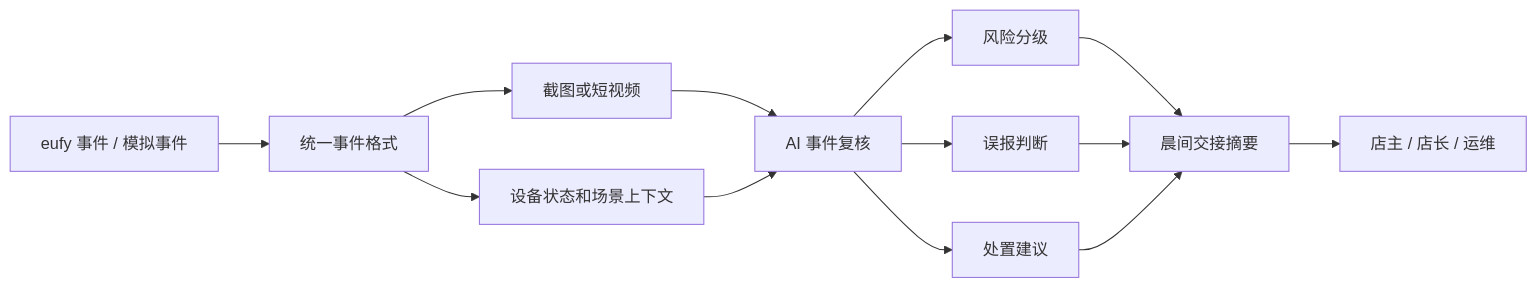
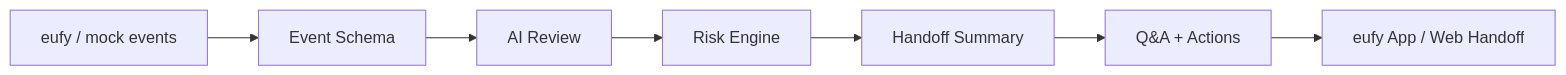
The diagram in README.md (WenfengJ/SentryFlow-AI), drawn with Mermaid before and after one commit. The commit also changed other lines of this file and 1 other file, not shown here.

````diff
--- a/README.md
+++ b/README.md
@@ -124,15 +112,9 @@
 ```mermaid
 flowchart LR
-  A["eufy 事件 / 模拟事件"] --> B["统一事件格式"]
-  B --> C["截图或短视频"]
-  B --> D["设备状态和场景上下文"]
-  C --> E["AI 事件复核"]
-  D --> E
-  E --> F["风险分级"]
-  E --> G["误报判断"]
-  E --> H["处置建议"]
-  F --> I["晨间交接摘要"]
-  G --> I
-  H --> I
-  I --> J["店主 / 店长 / 运维"]
+  A["eufy / mock events"] --> B["Event Schema"]
+  B --> C["AI Review"]
+  C --> D["Risk Engine"]
+  D --> E["Handoff Summary"]
+  E --> F["Q&A + Actions"]
+  F --> G["eufy App / Web Handoff"]
 ```
````
